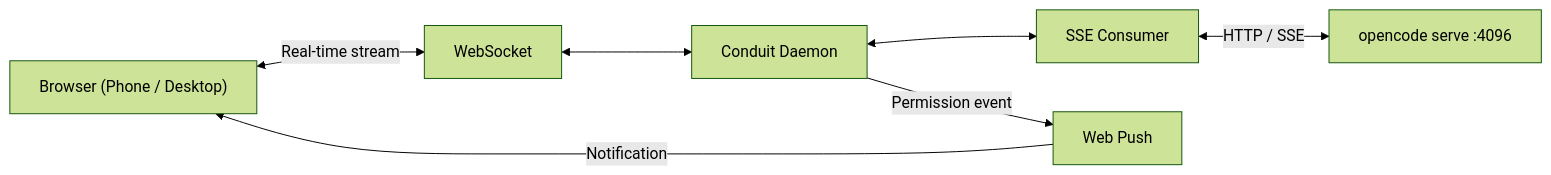
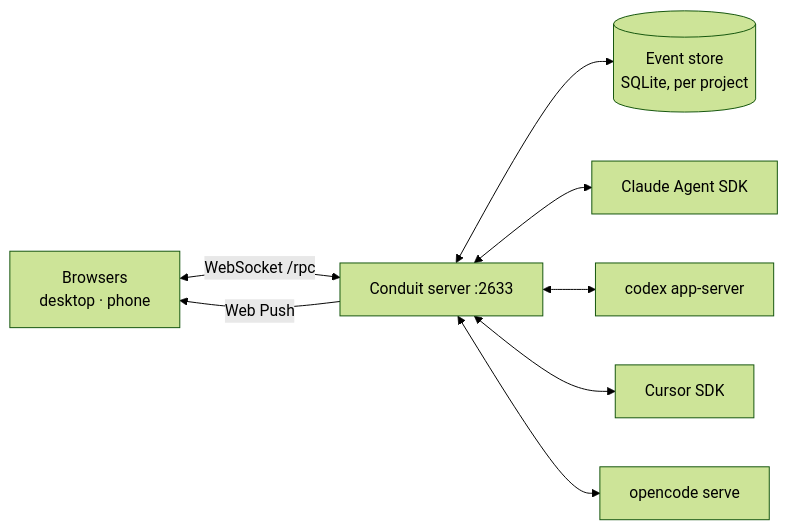
The diagram in README.md (dibstern/conduit), drawn with Mermaid (forest theme) before and after one commit. The commit also changed other lines of this file and 804 other files, not shown here.

````diff
--- a/README.md
+++ b/README.md
@@ -371,16 +243,10 @@
 ```mermaid
 graph LR
-    Browser["Browser (Phone / Desktop)"]
-    WS["WebSocket"]
-    Daemon["Conduit Daemon"]
-    SSE["SSE Consumer"]
-    OC["opencode serve :4096"]
-    Push["Web Push"]
-
-    Browser <-->|Real-time stream| WS
-    WS <--> Daemon
-    Daemon <--> SSE
-    SSE <-->|HTTP / SSE| OC
-    Daemon -->|Permission event| Push
-    Push -->|Notification| Browser
+    Browser["Browsers<br>desktop · phone"] <-->|"WebSocket /rpc"| Server["Conduit server :2633"]
+    Server <--> Store[("Event store<br>SQLite, per project")]
+    Server <--> Claude["Claude Agent SDK"]
+    Server <--> Codex["codex app-server"]
+    Server <--> Cursor["Cursor SDK"]
+    Server <--> OpenCode["opencode serve"]
+    Server -->|"Web Push"| Browser
 ```
````
